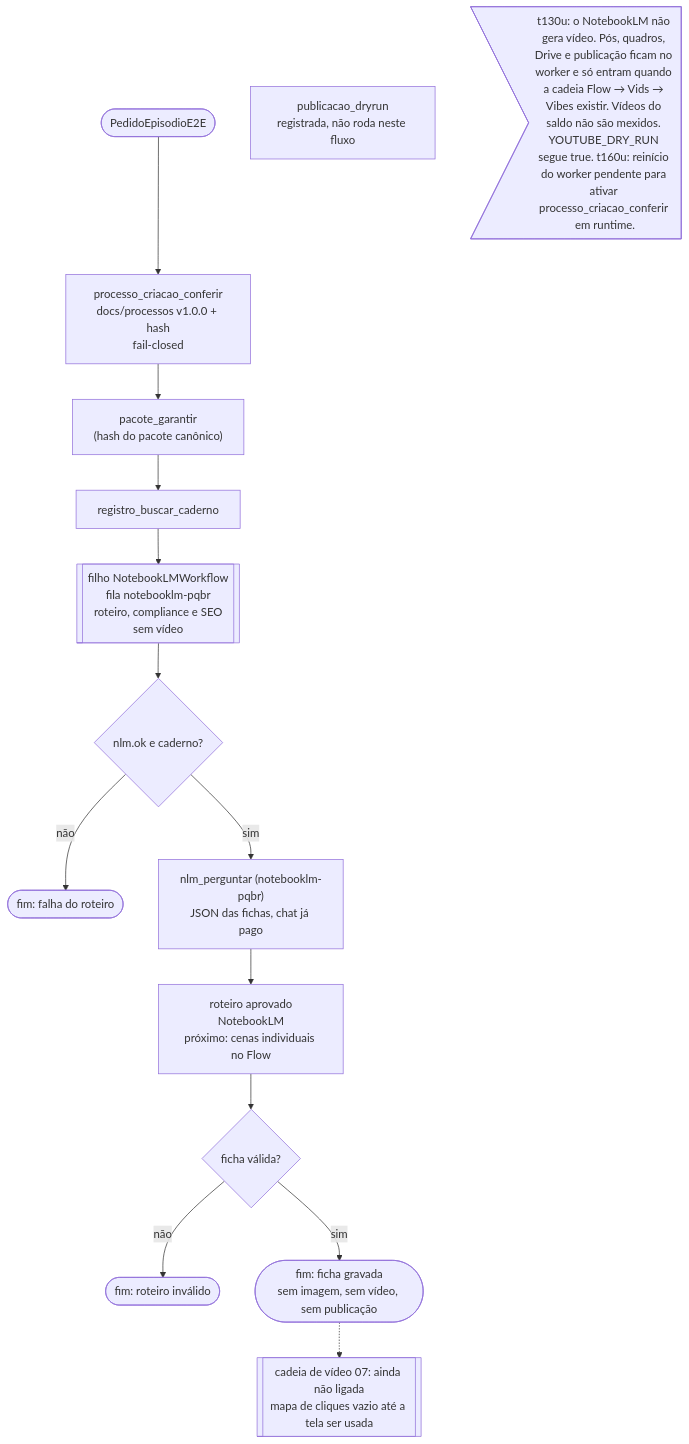
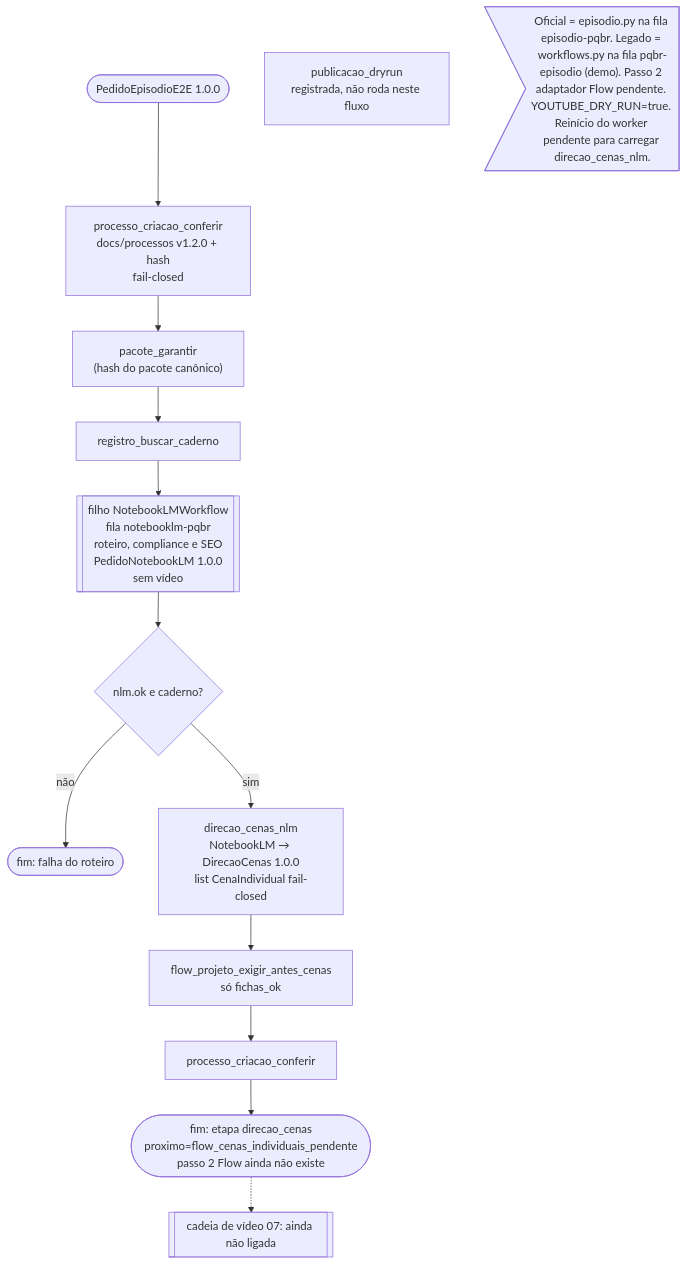
Before and after one commit to jvmendesjr/PQBR: the diagram in docs/mapa/01-episodio.mmd, drawn with Mermaid. The commit also changed 22 other files, not shown here.

```diff
--- a/docs/mapa/01-episodio.mmd
+++ b/docs/mapa/01-episodio.mmd
@@ -1,17 +1,18 @@
-%% EpisodioWorkflow (src/pqbr/workflows/episodio.py) — fila episodio-pqbr. t130u: para no roteiro (storyboard removido 29/10/2026). t160u: processo canônico.
+%% EpisodioWorkflow OFICIAL (src/pqbr/workflows/episodio.py) — fila episodio-pqbr.
+%% Passo 1 direção NLM (pt161u/pt162u): direcao_cenas_nlm + flow_projeto_exigir_antes_cenas.
+%% Storyboard removido 29/10/2026. O EpisodioWorkflow em workflows.py é LEGADO (demo soak), não este.
 flowchart TD
-  S(["PedidoEpisodioE2E"]) --> PC["processo_criacao_conferir<br/>docs/processos v1.0.0 + hash<br/>fail-closed"]
+  S(["PedidoEpisodioE2E 1.0.0"]) --> PC["processo_criacao_conferir<br/>docs/processos v1.2.0 + hash<br/>fail-closed"]
   PC --> A1["pacote_garantir<br/>(hash do pacote canônico)"]
   A1 --> A2["registro_buscar_caderno"]
-  A2 --> W1[["filho NotebookLMWorkflow<br/>fila notebooklm-pqbr<br/>roteiro, compliance e SEO<br/>sem vídeo"]]
+  A2 --> W1[["filho NotebookLMWorkflow<br/>fila notebooklm-pqbr<br/>roteiro, compliance e SEO<br/>PedidoNotebookLM 1.0.0<br/>sem vídeo"]]
   W1 --> D1{"nlm.ok e caderno?"}
   D1 -- não --> F1(["fim: falha do roteiro"])
-  D1 -- sim --> A3["nlm_perguntar (notebooklm-pqbr)<br/>JSON das fichas, chat já pago"]
-  A3 --> A4["roteiro aprovado<br/>NotebookLM<br/>próximo: cenas individuais no Flow"]
-  A4 --> D2{"ficha válida?"}
-  D2 -- não --> F2(["fim: roteiro inválido"])
-  D2 -- sim --> F3(["fim: ficha gravada<br/>sem imagem, sem vídeo, sem publicação"])
+  D1 -- sim --> DIR["direcao_cenas_nlm<br/>NotebookLM → DirecaoCenas 1.0.0<br/>list CenaIndividual fail-closed"]
+  DIR --> FP["flow_projeto_exigir_antes_cenas<br/>só fichas_ok"]
+  FP --> PC2["processo_criacao_conferir"]
+  PC2 --> FIM(["fim: etapa direcao_cenas<br/>proximo=flow_cenas_individuais_pendente<br/>passo 2 Flow ainda não existe"])
   PUB["publicacao_dryrun<br/>registrada, não roda neste fluxo"]
-  N>"t130u: o NotebookLM não gera vídeo. Pós, quadros, Drive e publicação ficam no worker e só entram quando a cadeia Flow → Vids → Vibes existir. Vídeos do saldo não são mexidos. YOUTUBE_DRY_RUN segue true. t160u: reinício do worker pendente para ativar processo_criacao_conferir em runtime."]
-  CV[["cadeia de vídeo 07: ainda não ligada<br/>mapa de cliques vazio até a tela ser usada"]]
-  F3 -.-> CV
+  N>"Oficial = episodio.py na fila episodio-pqbr. Legado = workflows.py na fila pqbr-episodio (demo). Passo 2 adaptador Flow pendente. YOUTUBE_DRY_RUN=true. Reinício do worker pendente para carregar direcao_cenas_nlm."]
+  CV[["cadeia de vídeo 07: ainda não ligada"]]
+  FIM -.-> CV
```
